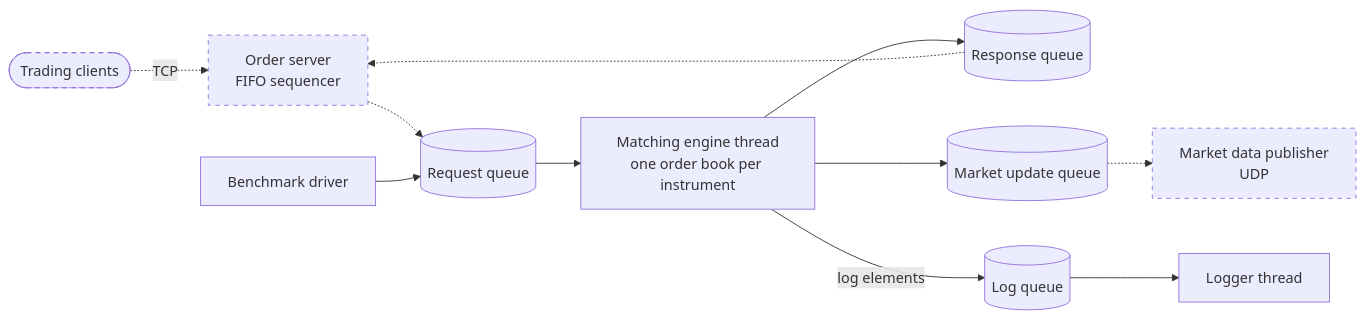
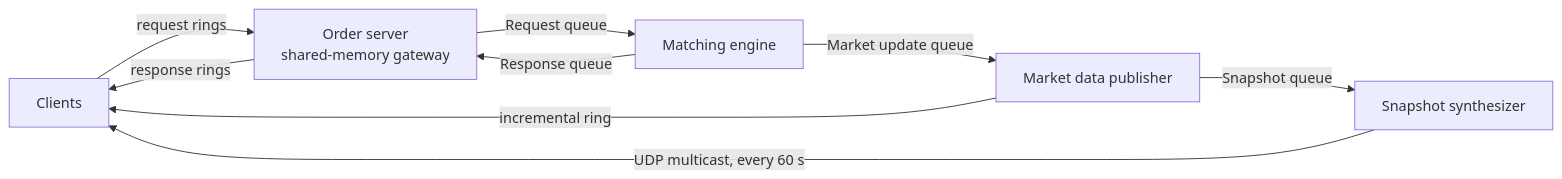
Before and after one commit to BurhanAkkus/Low-Latency-Trading-Exchange-CPP: the diagram in README.md, drawn with Mermaid. The commit also changed other lines of this file, not shown here.

````diff
--- a/README.md
+++ b/README.md
@@ -48,14 +19,11 @@
 ```mermaid
 flowchart LR
-    clients([Trading clients]) -. TCP .-> os[Order server<br/>FIFO sequencer]
-    os -.-> rq[(Request queue)]
-    bench[Benchmark driver] --> rq
-    rq --> me[Matching engine thread<br/>one order book per instrument]
-    me --> rs[(Response queue)]
-    me --> mu[(Market update queue)]
-    rs -.-> os
-    mu -.-> mdp[Market data publisher<br/>UDP]
-    me -- log elements --> lq[(Log queue)] --> log[Logger thread]
-    classDef planned stroke-dasharray: 5 5
-    class clients,os,mdp planned
+    c[Clients] -- request rings --> os[Order server<br/>shared-memory gateway]
+    os -- response rings --> c
+    os -- Request queue --> me[Matching engine]
+    me -- Response queue --> os
+    me -- Market update queue --> mdp[Market data publisher]
+    mdp -- incremental ring --> c
+    mdp -- Snapshot queue --> ss[Snapshot synthesizer]
+    ss -- UDP multicast, every 60 s --> c
 ```
````
